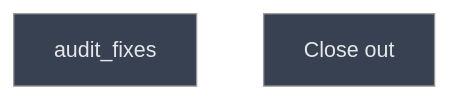
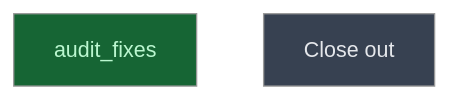
The diagram in __roadmap__/diet/shed/fix/README.md (CrackingShells/Candler), drawn with Mermaid (neutral theme) before and after one commit. The commit also changed other lines of this file, not shown here.

Commit message:
rdm(api): mark audit_fixes done
B1 fixed and merged; B2 left in Next with its cause read.

````diff
--- a/__roadmap__/diet/shed/fix/README.md
+++ b/__roadmap__/diet/shed/fix/README.md
@@ -17,10 +17,10 @@
 ```mermaid
 graph TD
-    audit_fixes[audit_fixes]:::planned
+    audit_fixes[audit_fixes]:::done
     close[Close out]:::planned
     classDef done       fill:#166534,color:#bbf7d0
     classDef inprogress fill:#854d0e,color:#fef08a
     classDef planned    fill:#374151,color:#e5e7eb
     classDef amendment  fill:#1e3a5f,color:#bfdbfe
     classDef blocked    fill:#7f1d1d,color:#fecaca
 ```
````
